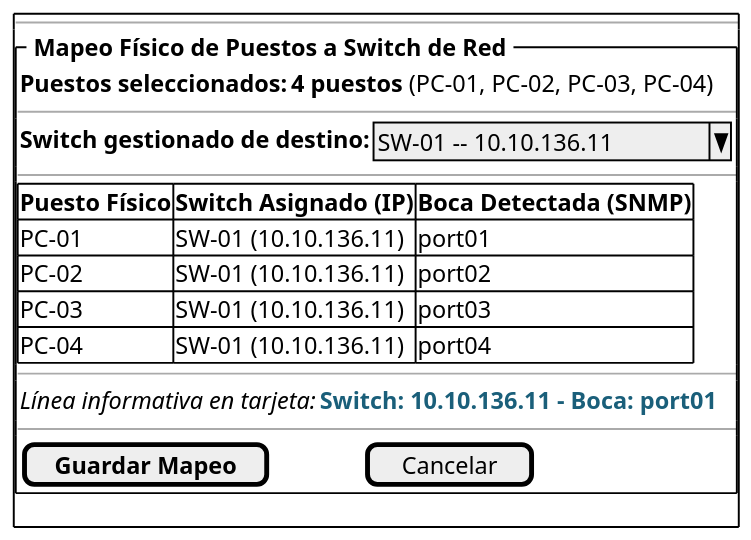
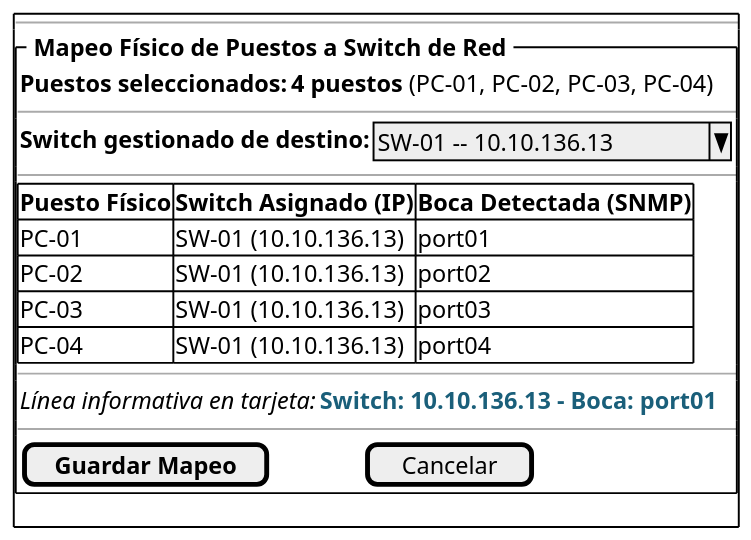
One commit to Carlos-Lima2510/mesh-panel changed the diagram in RUP/01-requisitos/01-detalle-casos-uso/asignarPuestosASwitch/wireframes.puml. Above: the diagram before and after it, drawn with PlantUML. The commit also changed 12 other files, not shown here.

```diff
--- a/RUP/01-requisitos/01-detalle-casos-uso/asignarPuestosASwitch/wireframes.puml
+++ b/RUP/01-requisitos/01-detalle-casos-uso/asignarPuestosASwitch/wireframes.puml
@@ -1,32 +1,32 @@
 @startsalt asignarPuestosASwitch-wireframe
 skinparam dpi 150
 skinparam defaultFontName sans-serif
 {+
   --
   {^"<b> Mapeo Físico de Puestos a Switch de Red </b>"
     {
       <b>Puestos seleccionados:</b> | <b>4 puestos</b> (PC-01, PC-02, PC-03, PC-04)
     }
     --
     {
-      <b>Switch gestionado de destino:</b> | ^SW-01 -- 10.10.136.11^
+      <b>Switch gestionado de destino:</b> | ^SW-01 -- 10.10.136.13^
     }
     --
     {#
       <b>Puesto Físico</b> | <b>Switch Asignado (IP)</b> | <b>Boca Detectada (SNMP)</b>
-      PC-01 | SW-01 (10.10.136.11) | port01
-      PC-02 | SW-01 (10.10.136.11) | port02
-      PC-03 | SW-01 (10.10.136.11) | port03
-      PC-04 | SW-01 (10.10.136.11) | port04
+      PC-01 | SW-01 (10.10.136.13) | port01
+      PC-02 | SW-01 (10.10.136.13) | port02
+      PC-03 | SW-01 (10.10.136.13) | port03
+      PC-04 | SW-01 (10.10.136.13) | port04
     }
     --
     {
-      <i>Línea informativa en tarjeta:</i> | <color:#1A5F7A><b>Switch: 10.10.136.11 - Boca: port01</b></color>
+      <i>Línea informativa en tarjeta:</i> | <color:#1A5F7A><b>Switch: 10.10.136.13 - Boca: port01</b></color>
     }
     --
     {
       [ <b>Guardar Mapeo</b> ] | <color:transparent>________________________________________</color> | [ Cancelar ]
     }
   }
 }
 @endsalt
```
